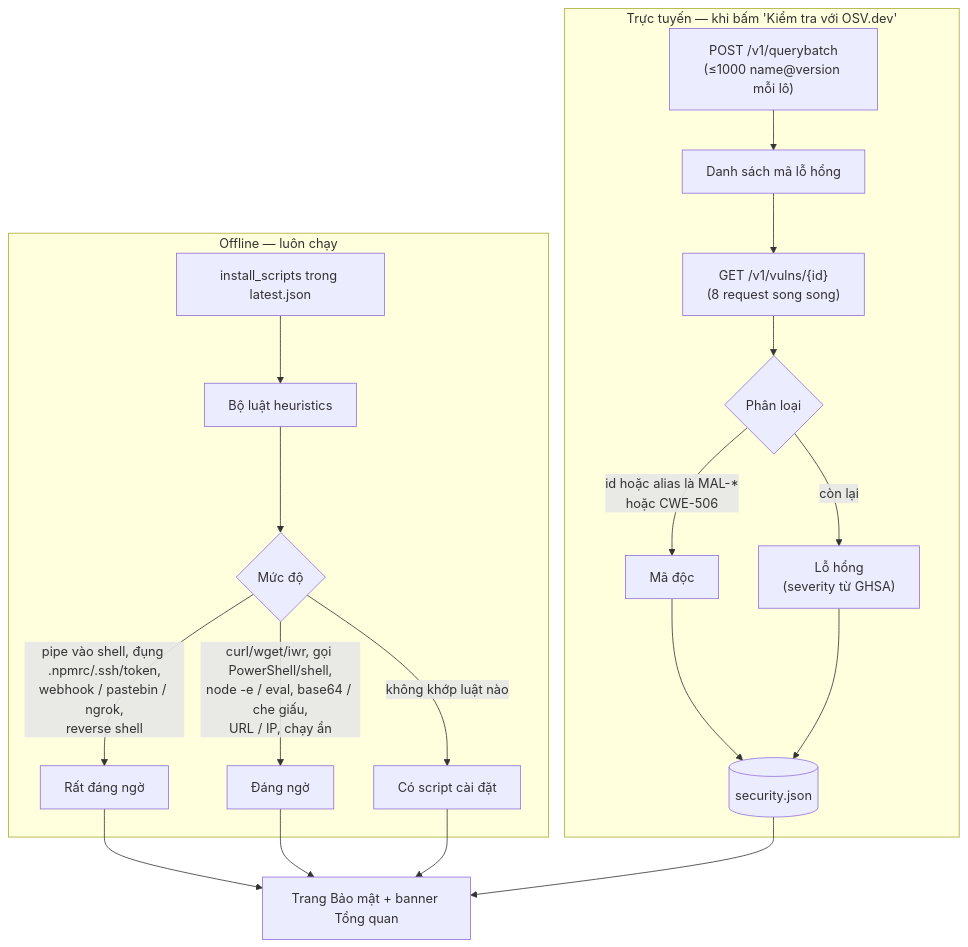
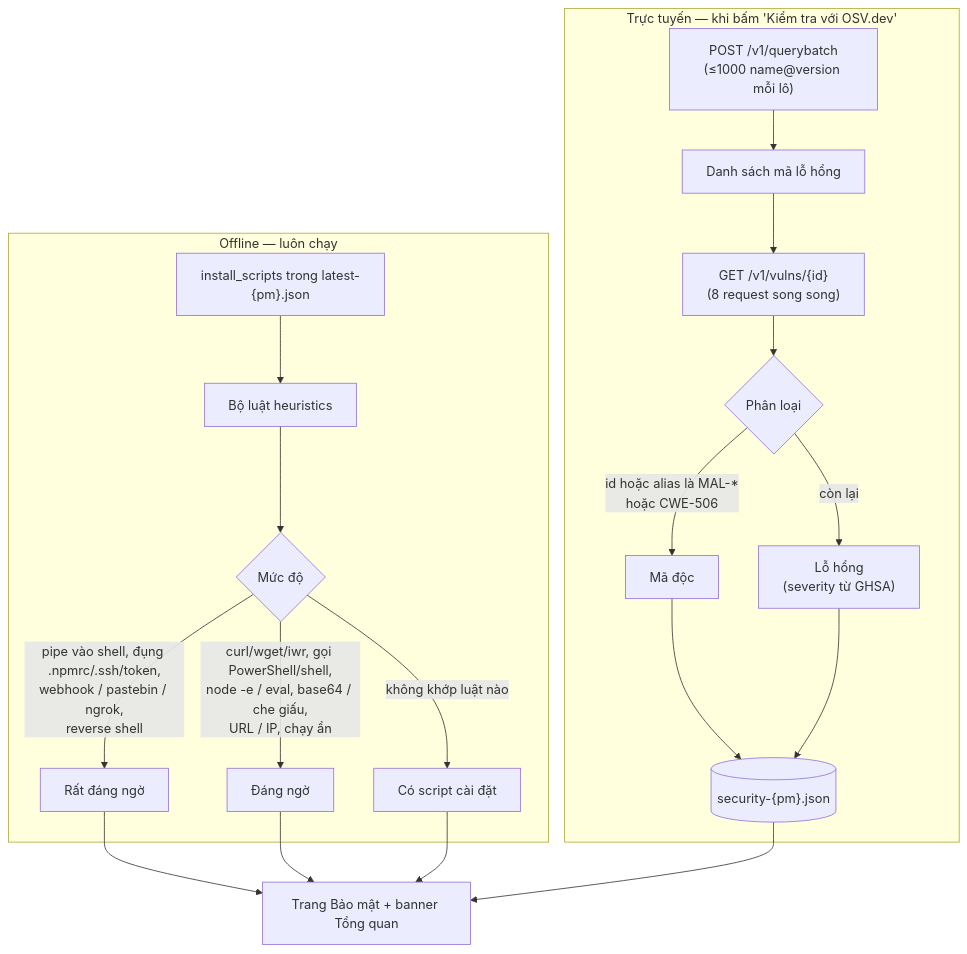
One commit to phanhuyyy/libpack-guard changed the seventh of 12 diagrams in docs/vi/workflows.md. Above: the diagram before and after it, drawn with Mermaid. The commit also changed other lines of this file and 50 other files, not shown here.

````diff
--- a/docs/vi/workflows.md
+++ b/docs/vi/workflows.md
@@ -175,25 +175,25 @@
 ```mermaid
 flowchart TB
     subgraph Offline["Offline — luôn chạy"]
-        S1["install_scripts trong latest.json"] --> H["Bộ luật heuristics"]
+        S1["install_scripts trong latest-{pm}.json"] --> H["Bộ luật heuristics"]
         H --> Lv{"Mức độ"}
         Lv -- "pipe vào shell, đụng .npmrc/.ssh/token,<br/>webhook / pastebin / ngrok,<br/>reverse shell" --> Crit["Rất đáng ngờ"]
         Lv -- "curl/wget/iwr, gọi PowerShell/shell,<br/>node -e / eval, base64 / che giấu,<br/>URL / IP, chạy ẩn" --> High["Đáng ngờ"]
         Lv -- "không khớp luật nào" --> Info["Có script cài đặt"]
     end
 
     subgraph Online["Trực tuyến — khi bấm 'Kiểm tra với OSV.dev'"]
         Q["POST /v1/querybatch<br/>(≤1000 name@version mỗi lô)"] --> Ids["Danh sách mã lỗ hổng"]
         Ids --> Det["GET /v1/vulns/{id}<br/>(8 request song song)"]
         Det --> Cls{"Phân loại"}
         Cls -- "id hoặc alias là MAL-*<br/>hoặc CWE-506" --> Mal["Mã độc"]
         Cls -- "còn lại" --> Vul["Lỗ hổng<br/>(severity từ GHSA)"]
-        Mal --> SJ[("security.json")]
+        Mal --> SJ[("security-{pm}.json")]
         Vul --> SJ
     end
 
     Crit --> Page["Trang Bảo mật + banner Tổng quan"]
     High --> Page
     Info --> Page
     SJ --> Page
 ```
````
